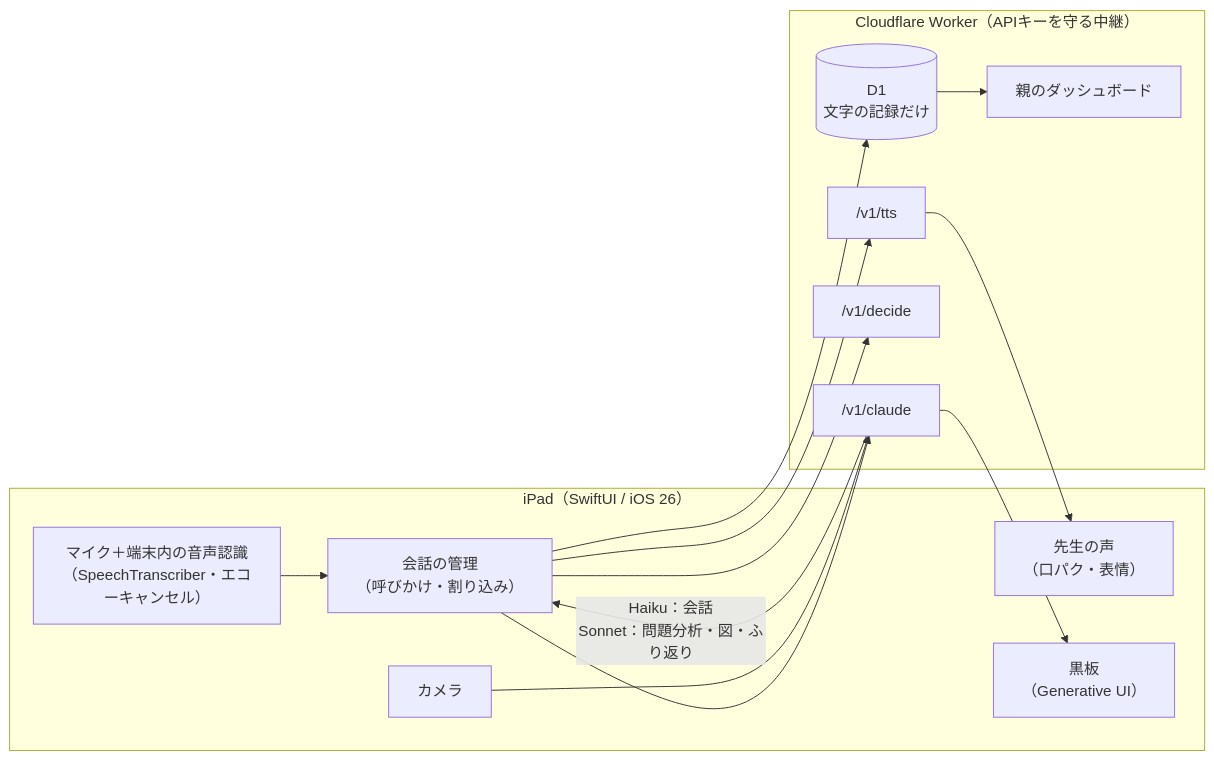
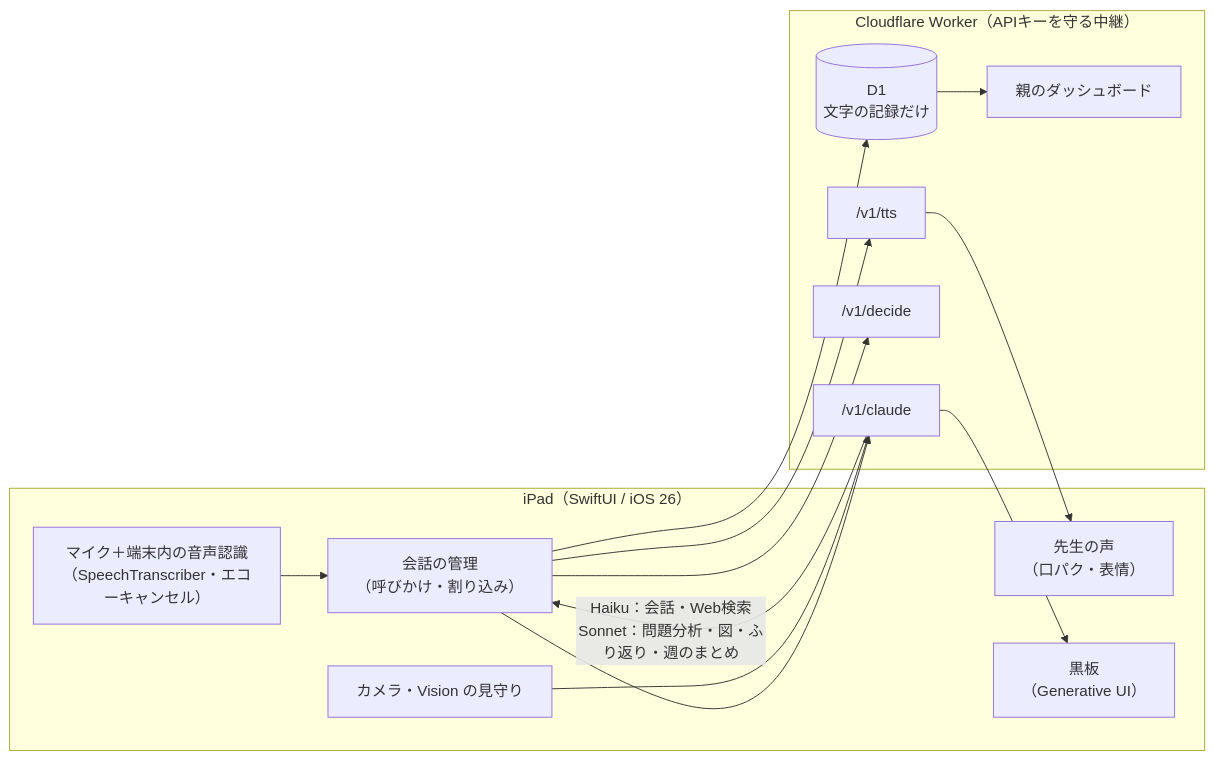
The diagram in README.md (kawamataryo/chalktalk), drawn with Mermaid before and after one commit. The commit also changed other lines of this file and 1 other file, not shown here.

````diff
--- a/README.md
+++ b/README.md
@@ -27,24 +95,24 @@
 ```mermaid
 flowchart LR
   subgraph iPad["iPad（SwiftUI / iOS 26）"]
     mic["マイク＋端末内の音声認識<br/>（SpeechTranscriber・エコーキャンセル）"]
     conv["会話の管理<br/>（呼びかけ・割り込み）"]
     voice["先生の声<br/>（口パク・表情）"]
-    cam["カメラ"]
+    cam["カメラ・Vision の見守り"]
     board["黒板<br/>（Generative UI）"]
   end
   subgraph Worker["Cloudflare Worker（APIキーを守る中継）"]
     claude["/v1/claude"]
     tts["/v1/tts"]
     decide["/v1/decide"]
     db[("D1<br/>文字の記録だけ")]
     dash["親のダッシュボード"]
   end
   mic --> conv --> claude
   cam --> claude
-  claude -->|"Haiku：会話<br/>Sonnet：問題分析・図・ふり返り"| conv
+  claude -->|"Haiku：会話・Web検索<br/>Sonnet：問題分析・図・ふり返り・週のまとめ"| conv
   claude --> board
   conv --> decide
   conv --> tts --> voice
   conv --> db --> dash
 ```
````
